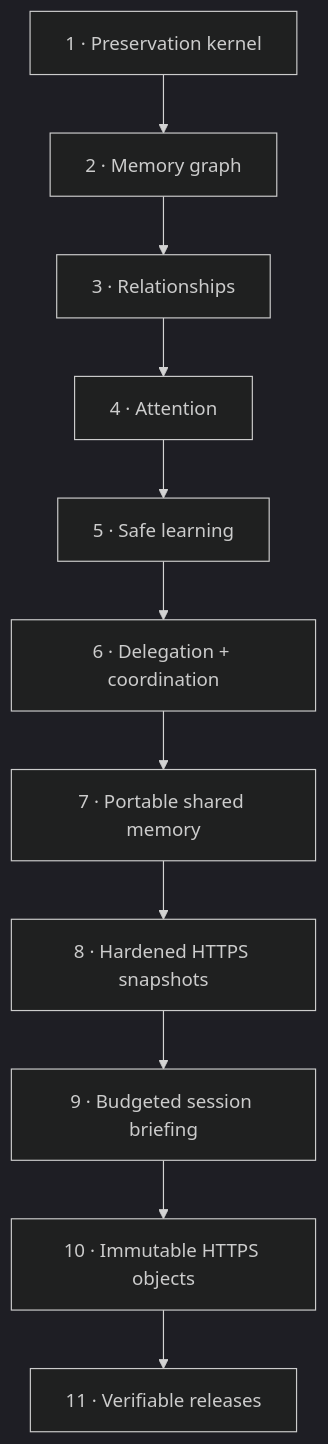
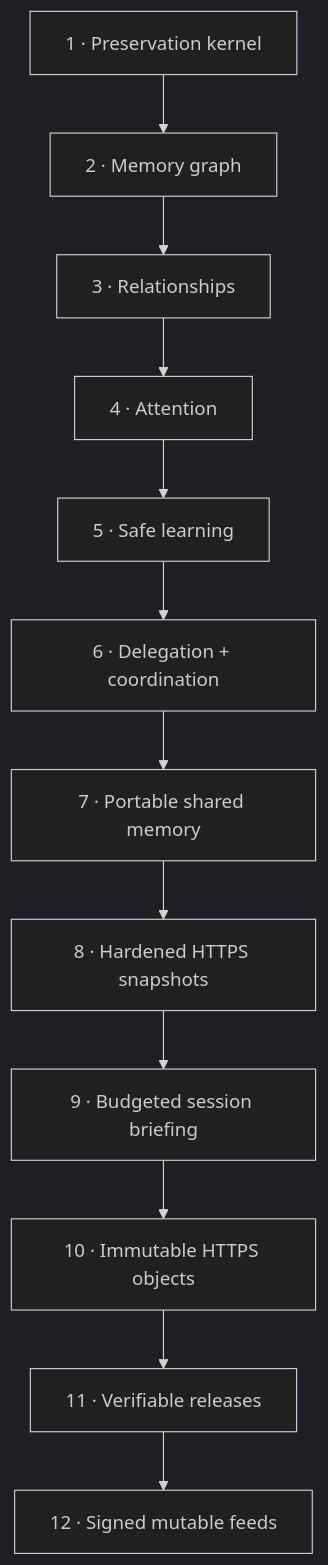
One commit to Maykbiletti/AgentSpine changed the diagram in docs/roadmap.md. Above: the diagram before and after it, drawn with Mermaid (dark theme). The commit also changed other lines of this file and 11 other files, not shown here.

Commit message:
feat: add signed mutable snapshot feeds

````diff
--- a/docs/roadmap.md
+++ b/docs/roadmap.md
@@ -5,13 +5,14 @@
 ```mermaid
 flowchart TB
     A["1 · Preservation kernel"] --> B["2 · Memory graph"]
     B --> C["3 · Relationships"]
     C --> D["4 · Attention"]
     D --> E["5 · Safe learning"]
     E --> F["6 · Delegation + coordination"]
     F --> G["7 · Portable shared memory"]
     G --> H["8 · Hardened HTTPS snapshots"]
     H --> I["9 · Budgeted session briefing"]
     I --> J["10 · Immutable HTTPS objects"]
     J --> K["11 · Verifiable releases"]
+    K --> L["12 · Signed mutable feeds"]
 ```
````
